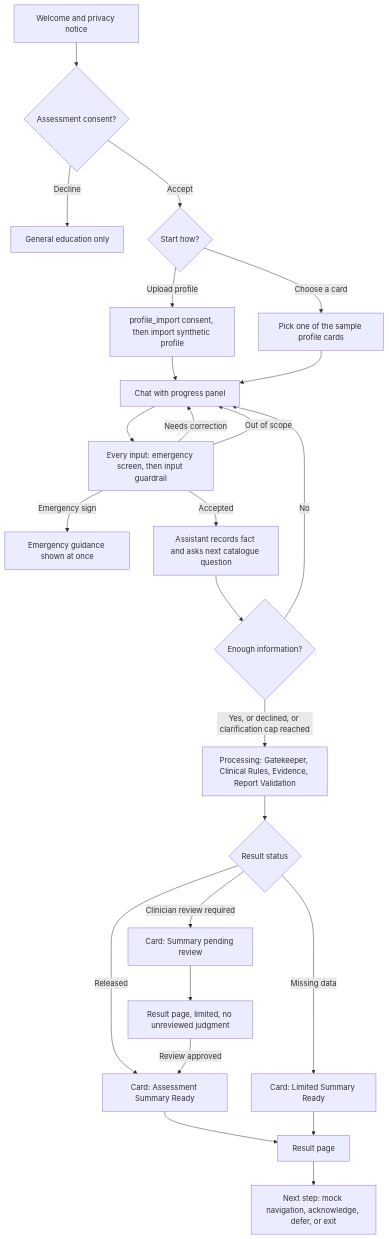
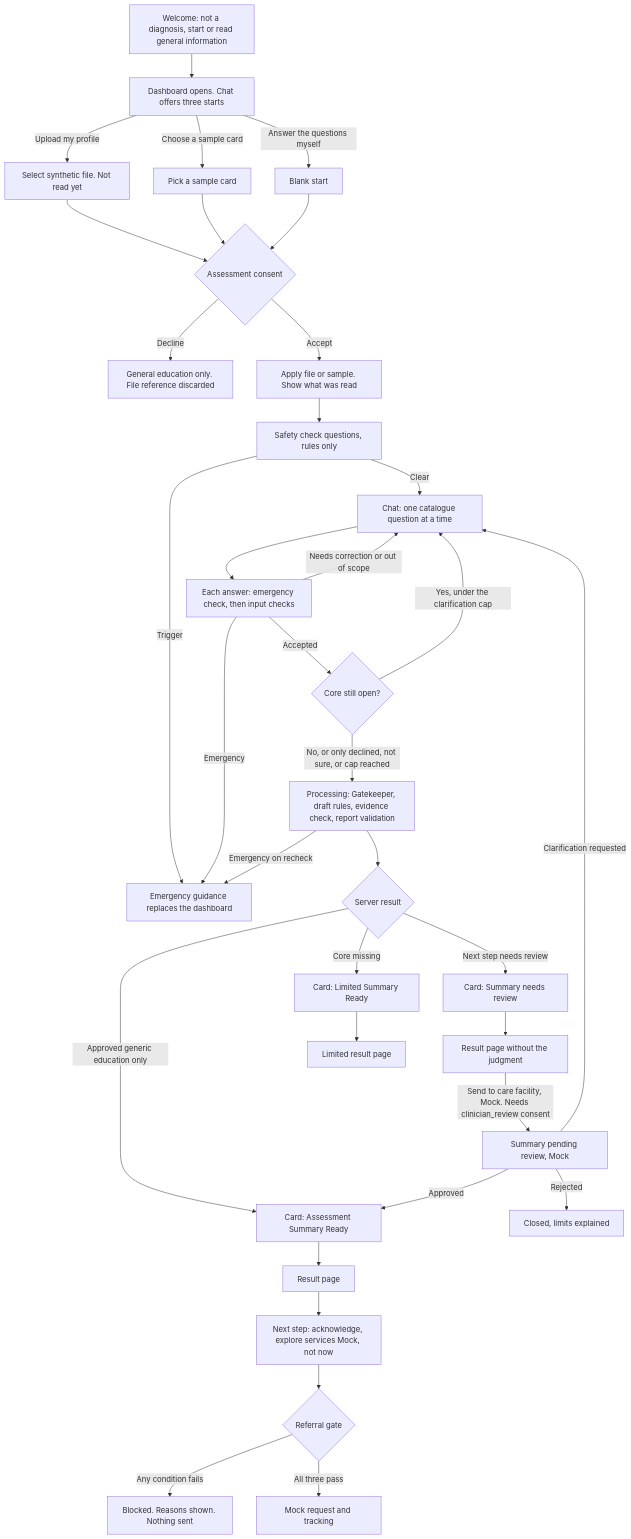
The diagram in specs/UX-flow.md (aetherhealth-sanad/sanad-front-door), drawn with Mermaid before and after one commit. The commit also changed other lines of this file, not shown here.

````diff
--- a/specs/UX-flow.md
+++ b/specs/UX-flow.md
@@ -24,27 +100,37 @@
 ```mermaid
 flowchart TD
-    A[Welcome and privacy notice] --> B{Assessment consent?}
-    B -->|Decline| Z[General education only]
-    B -->|Accept| C{Start how?}
-    C -->|Upload profile| C1[profile_import consent, then import synthetic profile]
-    C -->|Choose a card| C2[Pick one of the sample profile cards]
-    C1 --> D[Chat with progress panel]
-    C2 --> D
-    D --> E[Every input: emergency screen, then input guardrail]
-    E -->|Emergency sign| X[Emergency guidance shown at once]
-    E -->|Needs correction| D
-    E -->|Out of scope| D
-    E -->|Accepted| F[Assistant records fact and asks next catalogue question]
-    F --> G{Enough information?}
-    G -->|No| D
-    G -->|Yes, or declined, or clarification cap reached| H[Processing: Gatekeeper, Clinical Rules, Evidence, Report Validation]
-    H --> I{Result status}
-    I -->|Released| J[Card: Assessment Summary Ready]
-    I -->|Missing data| K[Card: Limited Summary Ready]
-    I -->|Clinician review required| L[Card: Summary pending review]
+    W[Welcome: not a diagnosis, start or read general information] --> D[Dashboard opens. Chat offers three starts]
+    D -->|Upload my profile| U[Select synthetic file. Not read yet]
+    D -->|Choose a sample card| S[Pick a sample card]
+    D -->|Answer the questions myself| B[Blank start]
+    U --> C{Assessment consent}
+    S --> C
+    B --> C
+    C -->|Decline| Z[General education only. File reference discarded]
+    C -->|Accept| P[Apply file or sample. Show what was read]
+    P --> SF[Safety check questions, rules only]
+    SF -->|Trigger| X[Emergency guidance replaces the dashboard]
+    SF -->|Clear| Q[Chat: one catalogue question at a time]
+    Q --> E[Each answer: emergency check, then input checks]
+    E -->|Emergency| X
+    E -->|Needs correction or out of scope| Q
+    E -->|Accepted| F{Core still open?}
+    F -->|Yes, under the clarification cap| Q
+    F -->|No, or only declined, not sure, or cap reached| H[Processing: Gatekeeper, draft rules, evidence check, report validation]
+    H -->|Emergency on recheck| X
+    H --> I{Server result}
+    I -->|Core missing| K[Card: Limited Summary Ready]
+    I -->|Next step needs review| L[Card: Summary needs review]
+    I -->|Approved generic education only| J[Card: Assessment Summary Ready]
+    L --> R[Result page without the judgment]
+    R -->|Send to care facility, Mock. Needs clinician_review consent| PR[Summary pending review, Mock]
+    PR -->|Approved| J
+    PR -->|Clarification requested| Q
+    PR -->|Rejected| RJ[Closed, limits explained]
     J --> M[Result page]
-    K --> M
-    L --> N[Result page, limited, no unreviewed judgment]
-    N -->|Review approved| J
-    M --> O[Next step: mock navigation, acknowledge, defer, or exit]
+    K --> M2[Limited result page]
+    M --> N[Next step: acknowledge, explore services Mock, not now]
+    N --> G{Referral gate}
+    G -->|Any condition fails| GB[Blocked. Reasons shown. Nothing sent]
+    G -->|All three pass| MR[Mock request and tracking]
 ```
````
